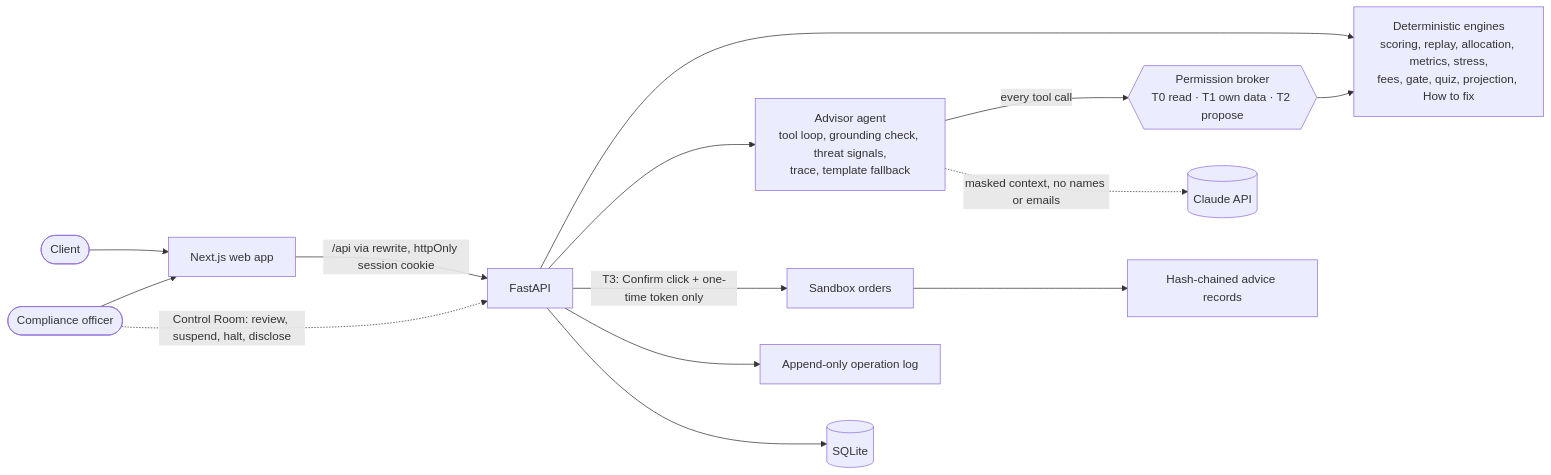
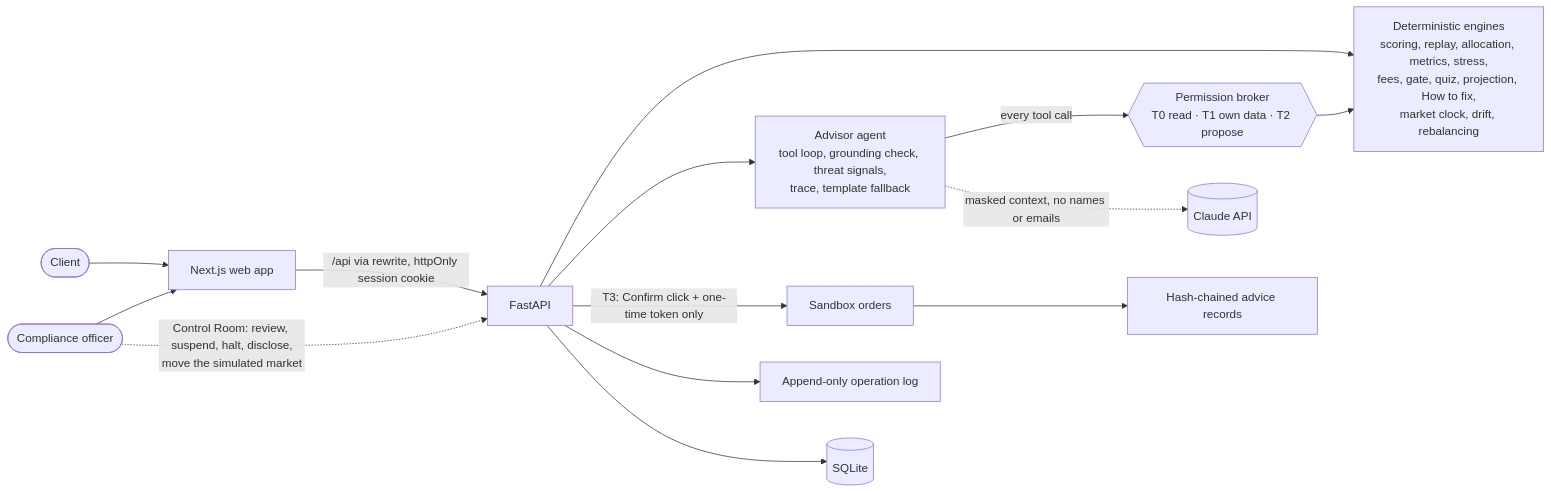
The diagram in README.md (joynto7/Aegis-Wealth-AI), drawn with Mermaid before and after one commit. The commit also changed other lines of this file and 15 other files, not shown here.

````diff
--- a/README.md
+++ b/README.md
@@ -131,16 +145,16 @@
 ```mermaid
 flowchart LR
   Client([Client]) --> Web[Next.js web app]
   Officer([Compliance officer]) --> Web
   Web -- "/api via rewrite, httpOnly session cookie" --> API[FastAPI]
-  API --> Engines["Deterministic engines<br/>scoring, replay, allocation, metrics, stress,<br/>fees, gate, quiz, projection, How to fix"]
+  API --> Engines["Deterministic engines<br/>scoring, replay, allocation, metrics, stress,<br/>fees, gate, quiz, projection, How to fix,<br/>market clock, drift, rebalancing"]
   API --> Agent["Advisor agent<br/>tool loop, grounding check, threat signals,<br/>trace, template fallback"]
   Agent -- "every tool call" --> Broker{{"Permission broker<br/>T0 read · T1 own data · T2 propose"}}
   Broker --> Engines
   Agent -. "masked context, no names or emails" .-> Claude[(Claude API)]
   API -- "T3: Confirm click + one-time token only" --> Sandbox[Sandbox orders]
-  Officer -. "Control Room: review, suspend, halt, disclose" .-> API
+  Officer -. "Control Room: review, suspend, halt, disclose,<br/>move the simulated market" .-> API
   Sandbox --> Records["Hash-chained advice records"]
   API --> Log["Append-only operation log"]
   API --> DB[(SQLite)]
 ```
````
